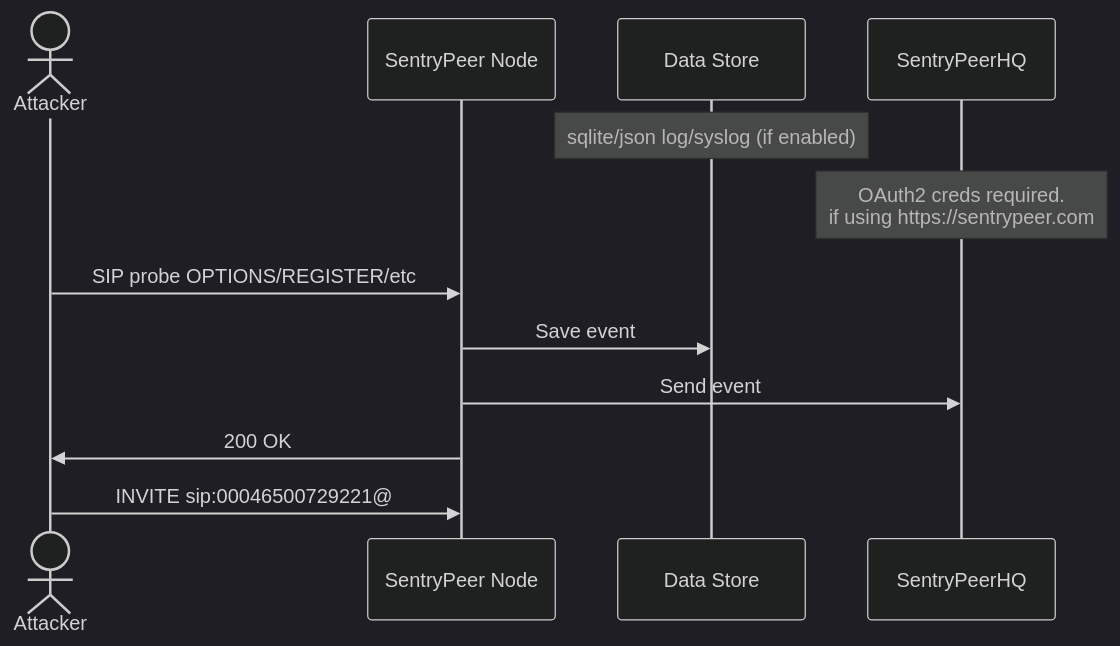
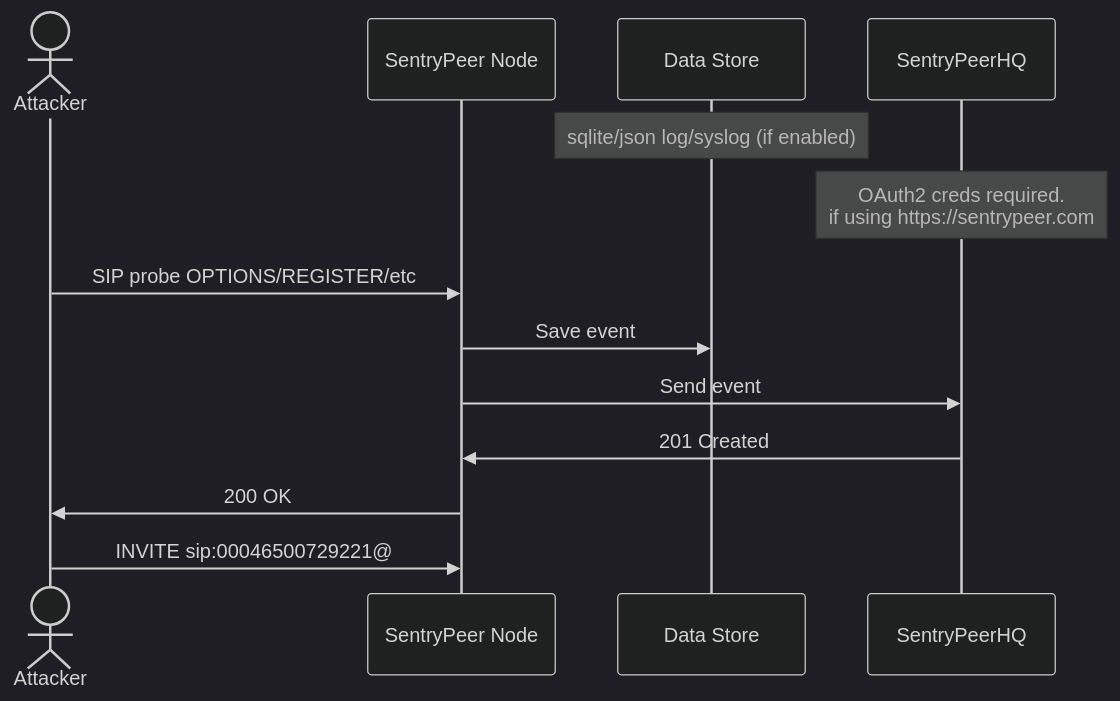
Before and after one commit to SentryPeer/SentryPeer: the second of 4 diagrams in README.md, drawn with Mermaid (dark theme). The commit also changed other lines of this file, not shown here.

Commit message:
docs: Some mermaid corrections

````diff
--- a/README.md
+++ b/README.md
@@ -109,14 +112,15 @@
 ```mermaid
 sequenceDiagram
     actor A as Attacker
     participant S as SentryPeer Node
     participant DS as Data Store
     participant HQ as SentryPeerHQ
     Note over DS: sqlite/json log/syslog (if enabled)
     Note over HQ: OAuth2 creds required.<br/> if using https://sentrypeer.com
     A->>S: SIP probe OPTIONS/REGISTER/etc
     S->>DS: Save event
     S->>HQ: Send event
+    HQ->>S: 201 Created
     S->>A: 200 OK
     A->>S: INVITE sip:00046500729221@
 ```
````
